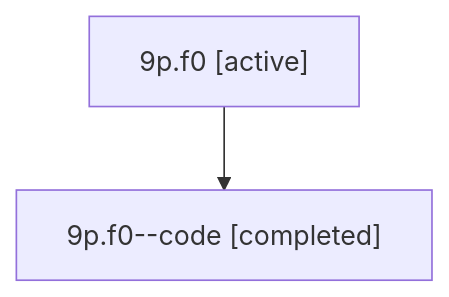
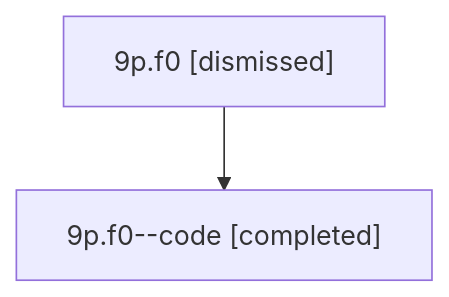
The diagram in sessions/bbugyi200.athena.9p.f0.md (sase-org/sase--agents), drawn with Mermaid before and after one commit. The commit also changed other lines of this file and 28 other files, not shown here.

````diff
--- a/sessions/bbugyi200.athena.9p.f0.md
+++ b/sessions/bbugyi200.athena.9p.f0.md
@@ -9,6 +9,6 @@
 ```mermaid
 flowchart TD
-  n0["9p.f0 [active]"]
+  n0["9p.f0 [dismissed]"]
   n1["9p.f0--code [completed]"]
   n0 --> n1
 ```
````
